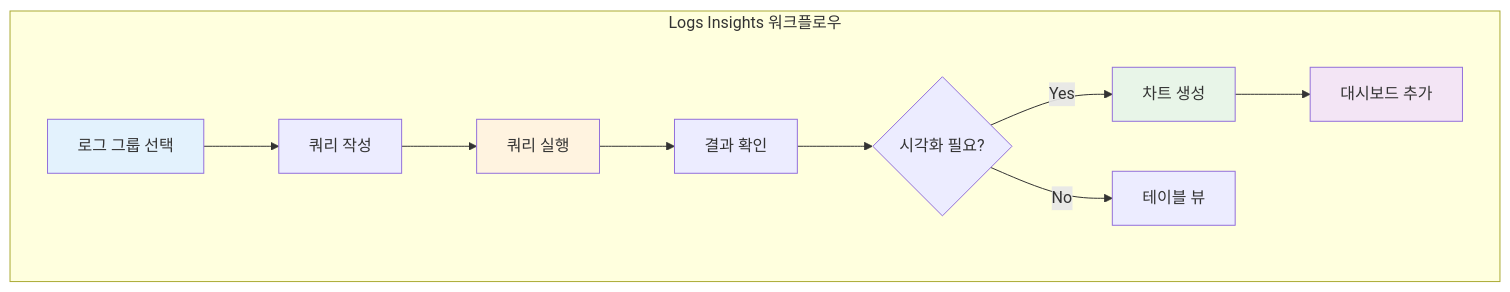
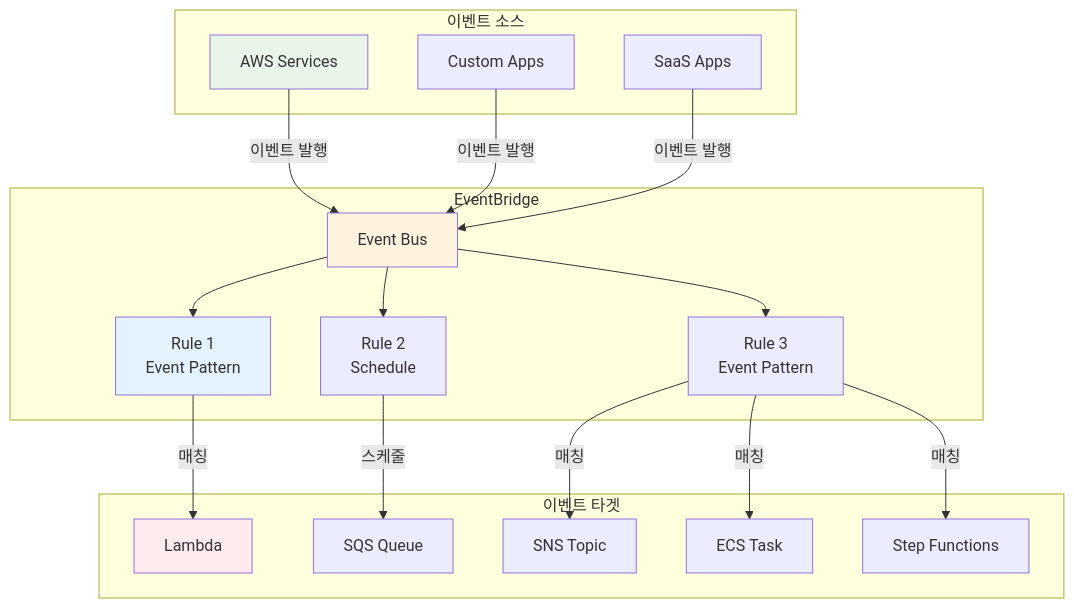
Before and after one commit to niceguy61/kdt_devops_lecture_2025: the first of 2 diagrams in theory/november/week_02/day5/session_2.md, drawn with Mermaid. The commit also changed other lines of this file and 7 other files, not shown here.

````diff
--- a/theory/november/week_02/day5/session_2.md
+++ b/theory/november/week_02/day5/session_2.md
@@ -251,17 +45,40 @@
 ```mermaid
 graph TB
-    subgraph "Logs Insights 워크플로우"
-        A[로그 그룹 선택] --> B[쿼리 작성]
-        B --> C[쿼리 실행]
-        C --> D[결과 확인]
-        D --> E{시각화 필요?}
-        E -->|Yes| F[차트 생성]
-        E -->|No| G[테이블 뷰]
-        F --> H[대시보드 추가]
+    subgraph "이벤트 소스"
+        AWS[AWS Services]
+        CUSTOM[Custom Apps]
+        SAAS[SaaS Apps]
     end
     
-    style A fill:#e3f2fd
-    style C fill:#fff3e0
-    style F fill:#e8f5e8
-    style H fill:#f3e5f5
+    subgraph "EventBridge"
+        BUS[Event Bus]
+        RULE1[Rule 1<br/>Event Pattern]
+        RULE2[Rule 2<br/>Schedule]
+        RULE3[Rule 3<br/>Event Pattern]
+    end
+    
+    subgraph "이벤트 타겟"
+        LAMBDA[Lambda]
+        SQS[SQS Queue]
+        SNS[SNS Topic]
+        ECS[ECS Task]
+        STEP[Step Functions]
+    end
+    
+    AWS -->|이벤트 발행| BUS
+    CUSTOM -->|이벤트 발행| BUS
+    SAAS -->|이벤트 발행| BUS
+    BUS --> RULE1
+    BUS --> RULE2
+    BUS --> RULE3
+    RULE1 -->|매칭| LAMBDA
+    RULE2 -->|스케줄| SQS
+    RULE3 -->|매칭| SNS
+    RULE3 -->|매칭| ECS
+    RULE3 -->|매칭| STEP
+    
+    style AWS fill:#e8f5e8
+    style BUS fill:#fff3e0
+    style RULE1 fill:#e3f2fd
+    style LAMBDA fill:#ffebee
 ```
````
